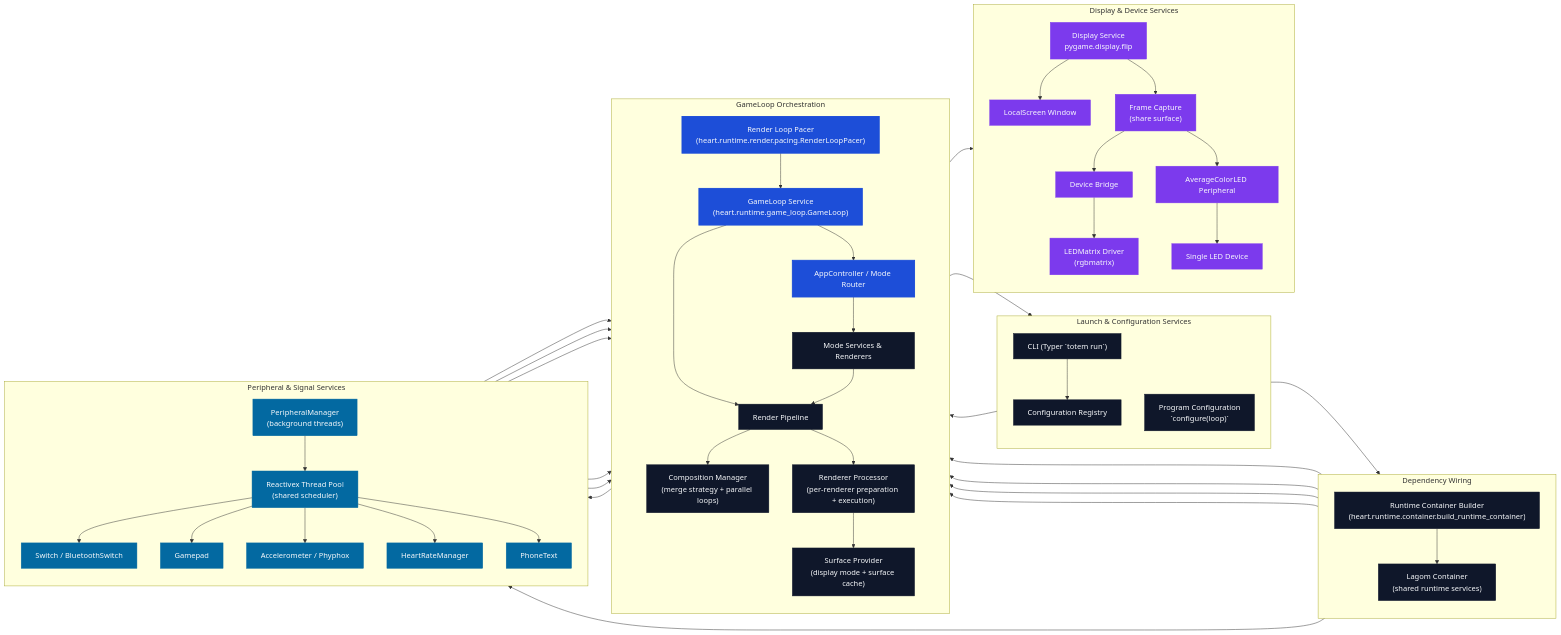
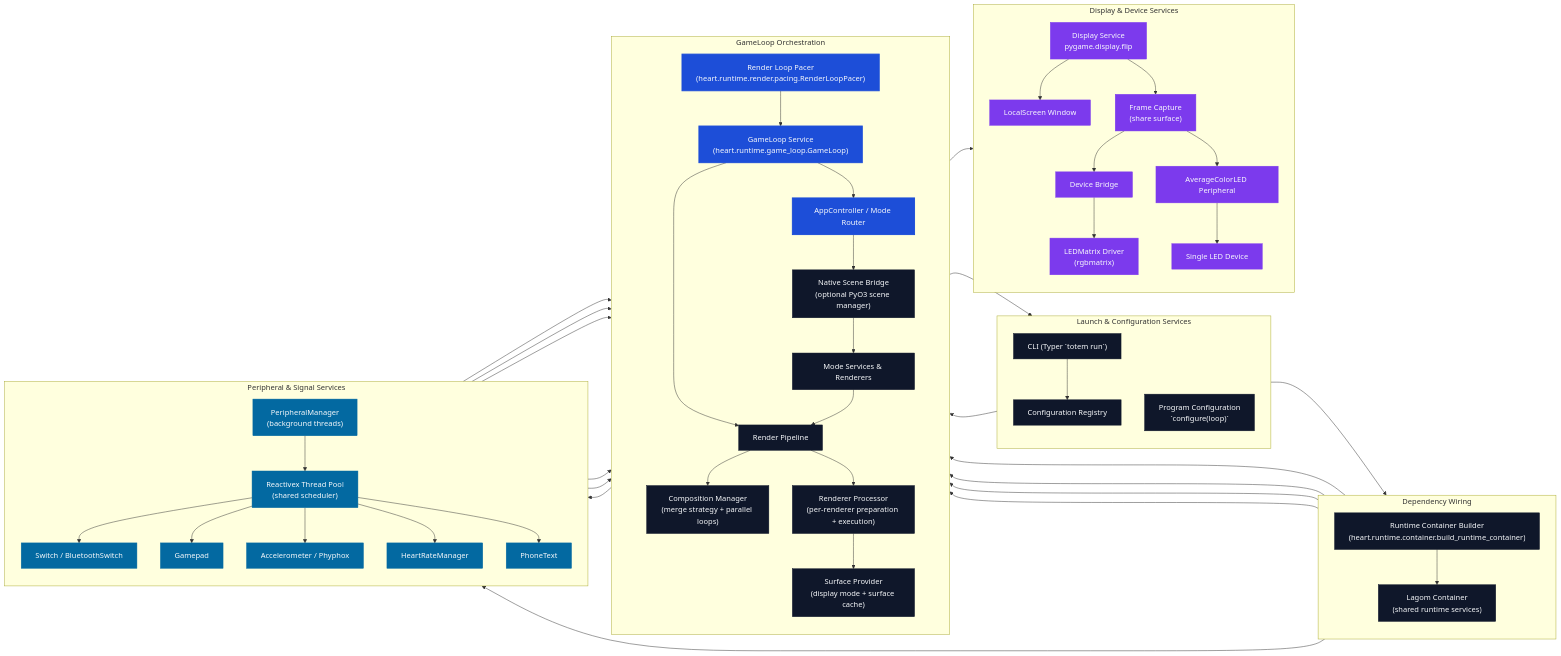
Before and after one commit to Organization5762/heart: the diagram in docs/code_flow.md, drawn with Mermaid. The commit also changed 22 other files, not shown here.

````diff
--- a/docs/code_flow.md
+++ b/docs/code_flow.md
@@ -19,81 +19,82 @@
 ```mermaid
 flowchart LR
     %% Visual classes for different service categories
     classDef orchestrator fill:#1d4ed8,stroke:#1d4ed8,color:#f8fafc,stroke-width:2px;
     classDef service fill:#0f172a,stroke:#0f172a,color:#f8fafc;
     classDef input fill:#0369a1,stroke:#0369a1,color:#f8fafc;
     classDef output fill:#7c3aed,stroke:#7c3aed,color:#f8fafc;
 
     subgraph Launch["Launch & Configuration Services"]
         direction TB
         CLI["CLI (Typer `totem run`)"]
         Registry["Configuration Registry"]
         Configurer["Program Configuration\n`configure(loop)`"]
     end
 
     subgraph Wiring["Dependency Wiring"]
         direction TB
         ContainerBuilder["Runtime Container Builder\n(heart.runtime.container.build_runtime_container)"]
         RuntimeContainer["Lagom Container\n(shared runtime services)"]
     end
 
     subgraph Runtime["GameLoop Orchestration"]
         direction TB
         Loop["GameLoop Service\n(heart.runtime.game_loop.GameLoop)"]
         RenderPacer["Render Loop Pacer\n(heart.runtime.render.pacing.RenderLoopPacer)"]
         AppRouter["AppController / Mode Router"]
+        NativeSceneBridge["Native Scene Bridge\n(optional PyO3 scene manager)"]
         ModeServices["Mode Services & Renderers"]
         RenderPipeline["Render Pipeline"]
         SurfaceProvider["Surface Provider\n(display mode + surface cache)"]
         RendererProcessor["Renderer Processor\n(per-renderer preparation + execution)"]
         CompositionManager["Composition Manager\n(merge strategy + parallel loops)"]
     end
 
     subgraph Inputs["Peripheral & Signal Services"]
         direction TB
         PeripheralMgr["PeripheralManager\n(background threads)"]
         RxScheduler["Reactivex Thread Pool\n(shared scheduler)"]
         Switch["Switch / BluetoothSwitch"]
         Gamepad["Gamepad"]
         Sensors["Accelerometer / Phyphox"]
         HeartRate["HeartRateManager"]
         PhoneText["PhoneText"]
     end
 
     subgraph Outputs["Display & Device Services"]
         direction TB
         DisplaySvc["Display Service\npygame.display.flip"]
         LocalScreen["LocalScreen Window"]
         Capture["Frame Capture\n(share surface)"]
         DeviceBridge["Device Bridge"]
         LedMatrix["LEDMatrix Driver\n(rgbmatrix)"]
         AverageMirror["AverageColorLED Peripheral"]
         SingleLED["Single LED Device"]
     end
 
     CLI --> Registry --> ContainerBuilder --> RuntimeContainer --> Loop
     RuntimeContainer --> RenderPacer --> Loop
     Loop --> Configurer --> AppRouter
     Loop --> AppRouter
     RuntimeContainer --> AppRouter
     RuntimeContainer --> RenderPipeline
     RuntimeContainer --> PeripheralMgr
     Loop --> RenderPipeline
-    AppRouter --> ModeServices --> RenderPipeline --> CompositionManager --> DisplaySvc
+    AppRouter --> NativeSceneBridge --> ModeServices --> RenderPipeline --> CompositionManager --> DisplaySvc
     RenderPipeline --> RendererProcessor --> SurfaceProvider
     DisplaySvc --> LocalScreen
     DisplaySvc --> Capture --> DeviceBridge --> LedMatrix
     Capture --> AverageMirror --> SingleLED
 
     Loop --> PeripheralMgr --> RxScheduler
     RxScheduler --> Switch --> AppRouter
     RxScheduler --> Gamepad --> AppRouter
     RxScheduler --> Sensors --> AppRouter
     RxScheduler --> HeartRate --> AppRouter
     RxScheduler --> PhoneText --> AppRouter
 
-    class CLI,Registry,Configurer,ContainerBuilder,RuntimeContainer,ModeServices,RenderPipeline,RendererProcessor,SurfaceProvider,CompositionManager service;
+    class CLI,Registry,Configurer,ContainerBuilder,RuntimeContainer,NativeSceneBridge,ModeServices,RenderPipeline,RendererProcessor,SurfaceProvider,CompositionManager service;
     class Loop,AppRouter,RenderPacer orchestrator;
     class PeripheralMgr,RxScheduler,Switch,Gamepad,Sensors,HeartRate,PhoneText input;
     class DisplaySvc,LocalScreen,Capture,DeviceBridge,LedMatrix,AverageMirror,SingleLED output;
 ```
````
